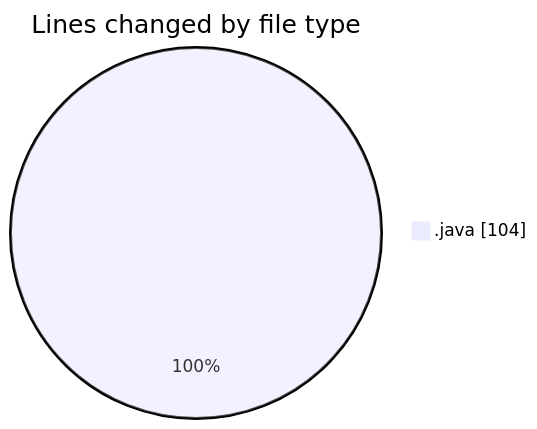
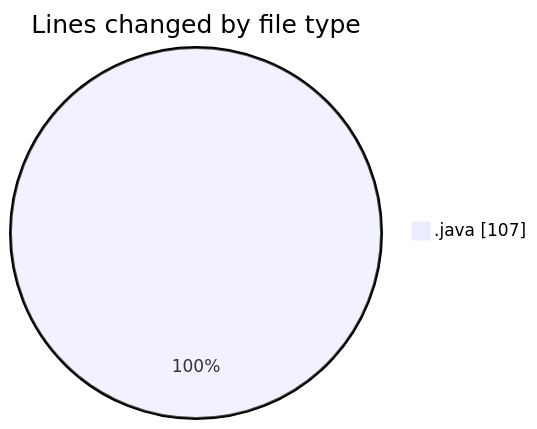
One commit to ricardozamudiocil/code-tracking changed the first of 2 diagrams in 2026-11-26/cilreports__workspace_/README.md. Above: the diagram before and after it, drawn with Mermaid. The commit also changed other lines of this file and 1 other file, not shown here.

````diff
--- a/2026-11-26/cilreports__workspace_/README.md
+++ b/2026-11-26/cilreports__workspace_/README.md
@@ -20,5 +20,5 @@
 ```mermaid
 pie showData
 title Lines changed by file type
-".java" : 104
+".java" : 107
 ```
````
